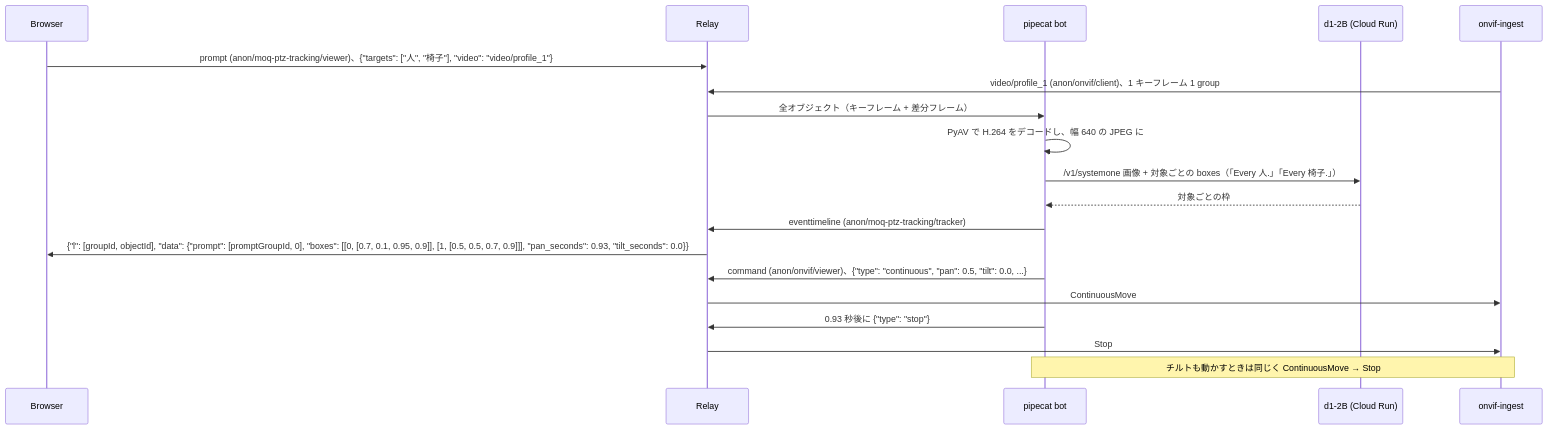
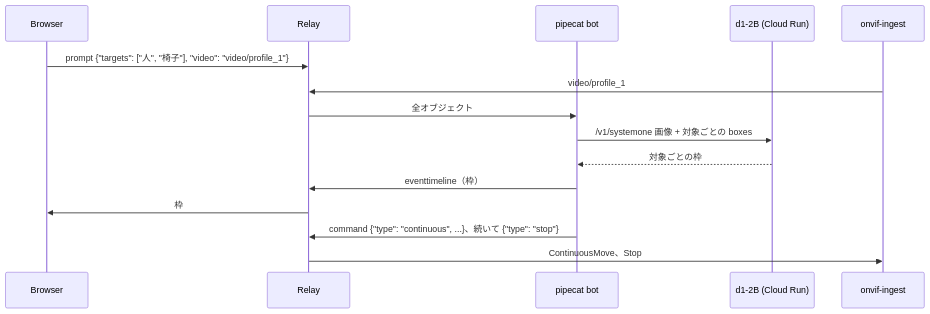
The diagram in examples/python/moq-ptz-tracking/README.md (nttcom/moq-wasm), drawn with Mermaid before and after one commit. The commit also changed other lines of this file and 33 other files, not shown here.

````diff
--- a/examples/python/moq-ptz-tracking/README.md
+++ b/examples/python/moq-ptz-tracking/README.md
@@ -7,21 +6,17 @@
 ```mermaid
 sequenceDiagram
     participant B as Browser
     participant R as Relay
     participant P as pipecat bot
     participant D as d1-2B (Cloud Run)
     participant O as onvif-ingest
-    B->>R: prompt (anon/moq-ptz-tracking/viewer)、{"targets": ["人", "椅子"], "video": "video/profile_1"}
-    O->>R: video/profile_1 (anon/onvif/client)、1 キーフレーム 1 group
-    R->>P: 全オブジェクト（キーフレーム + 差分フレーム）
-    P->>P: PyAV で H.264 をデコードし、幅 640 の JPEG に
-    P->>D: /v1/systemone 画像 + 対象ごとの boxes（「Every 人.」「Every 椅子.」）
+    B->>R: prompt {"targets": ["人", "椅子"], "video": "video/profile_1"}
+    O->>R: video/profile_1
+    R->>P: 全オブジェクト
+    P->>D: /v1/systemone 画像 + 対象ごとの boxes
     D-->>P: 対象ごとの枠
-    P->>R: eventtimeline (anon/moq-ptz-tracking/tracker)
-    R->>B: {"l": [groupId, objectId], "data": {"prompt": [promptGroupId, 0], "boxes": [[0, [0.7, 0.1, 0.95, 0.9]], [1, [0.5, 0.5, 0.7, 0.9]]], "pan_seconds": 0.93, "tilt_seconds": 0.0}}
-    P->>R: command (anon/onvif/viewer)、{"type": "continuous", "pan": 0.5, "tilt": 0.0, ...}
-    R->>O: ContinuousMove
-    P->>R: 0.93 秒後に {"type": "stop"}
-    R->>O: Stop
-    Note over P,O: チルトも動かすときは同じく ContinuousMove → Stop
+    P->>R: eventtimeline（枠）
+    R->>B: 枠
+    P->>R: command {"type": "continuous", ...}、続いて {"type": "stop"}
+    R->>O: ContinuousMove、Stop
 ```
````
